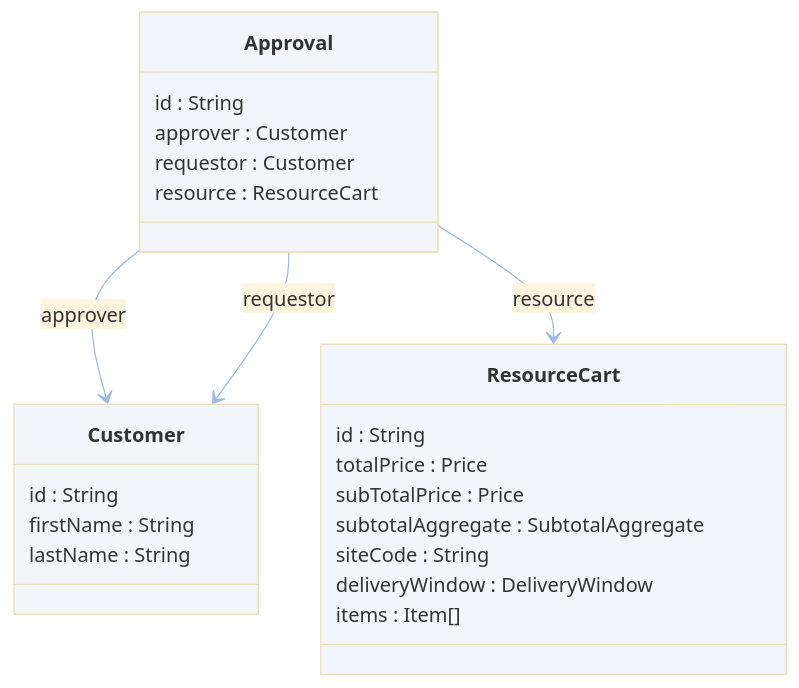
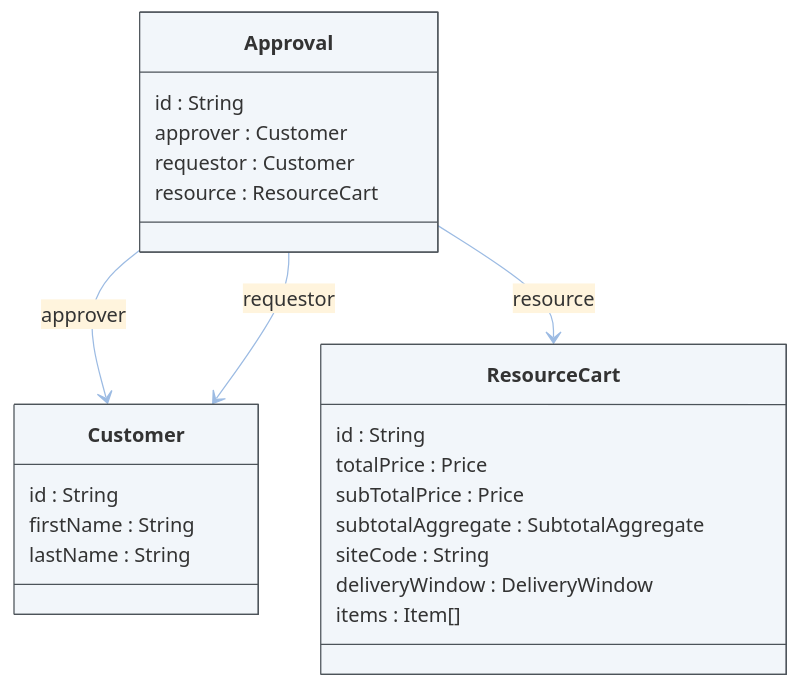
The first of 4 diagrams in companies-and-customers/approval-service/approval.md (emporix/api-references), drawn with Mermaid before and after one commit.

````diff
--- a/companies-and-customers/approval-service/approval.md
+++ b/companies-and-customers/approval-service/approval.md
@@ -12,47 +12,46 @@
 ```mermaid
 ---
 config:
   layout: fixed
   theme: base
   look: classic
   themeVariables:
     background: transparent
     lineColor: "#9CBBE3"
     arrowheadColor: "#9CBBE3"
-    edgeLabelBackground: "#FFC128" 
-    edgeLabelTextColor: "#4C5359"
+    
 ---
 classDiagram
     class Approval {
         id : String
         approver : Customer
         requestor : Customer
         resource : ResourceCart
     }
 
     class Customer {
         id : String
         firstName : String
         lastName : String
     }
 
     class ResourceCart {
         id : String
         totalPrice : Price
         subTotalPrice : Price
         subtotalAggregate : SubtotalAggregate
         siteCode : String
         deliveryWindow : DeliveryWindow
         items : Item[]
     }
     Approval --> Customer : approver
     Approval --> Customer : requestor
     Approval --> ResourceCart : resource
 
     class Approval
     class Customer
     class ResourceCart
-    style Approval fill:#F2F6FA
-    style Customer fill:#F2F6FA
-    style ResourceCart fill:#F2F6FA
+    style Approval fill:#F2F6FA, stroke:#4C5359
+    style Customer fill:#F2F6FA, stroke:#4C5359
+    style ResourceCart fill:#F2F6FA, stroke:#4C5359
   ```
````
